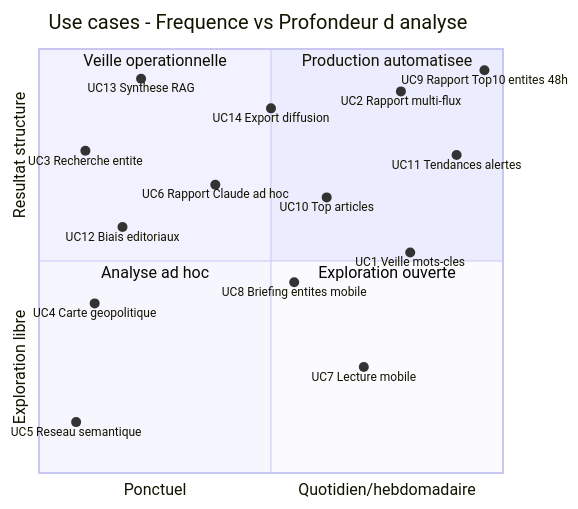
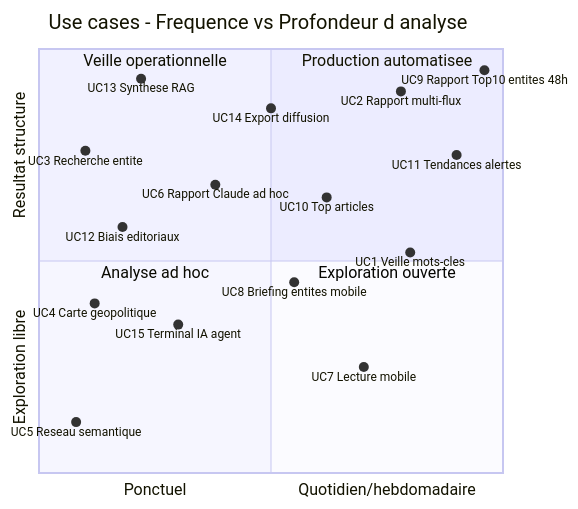
Before and after one commit to pat-the-geek/AnalyseActualites: diagram 16 of 16 in docs/USE_CASES.md, drawn with Mermaid. The commit also changed other lines of this file and 9 other files, not shown here.

````diff
--- a/docs/USE_CASES.md
+++ b/docs/USE_CASES.md
@@ -684,24 +746,25 @@
 ```mermaid
 quadrantChart
     title Use cases - Frequence vs Profondeur d analyse
     x-axis Ponctuel --> Quotidien/hebdomadaire
     y-axis Exploration libre --> Resultat structure
     quadrant-1 Production automatisee
     quadrant-2 Veille operationnelle
     quadrant-3 Analyse ad hoc
     quadrant-4 Exploration ouverte
     UC1 Veille mots-cles: [0.80, 0.52]
     UC2 Rapport multi-flux: [0.78, 0.90]
     UC3 Recherche entite: [0.10, 0.76]
     UC4 Carte geopolitique: [0.12, 0.40]
     UC5 Reseau semantique: [0.08, 0.12]
     UC6 Rapport Claude ad hoc: [0.38, 0.68]
     UC7 Lecture mobile: [0.70, 0.25]
     UC8 Briefing entites mobile: [0.55, 0.45]
     UC9 Rapport Top10 entites 48h: [0.96, 0.95]
     UC10 Top articles: [0.62, 0.65]
     UC11 Tendances alertes: [0.90, 0.75]
     UC12 Biais editoriaux: [0.18, 0.58]
     UC13 Synthese RAG: [0.22, 0.93]
     UC14 Export diffusion: [0.50, 0.86]
+    UC15 Terminal IA agent: [0.30, 0.35]
 ```
````
